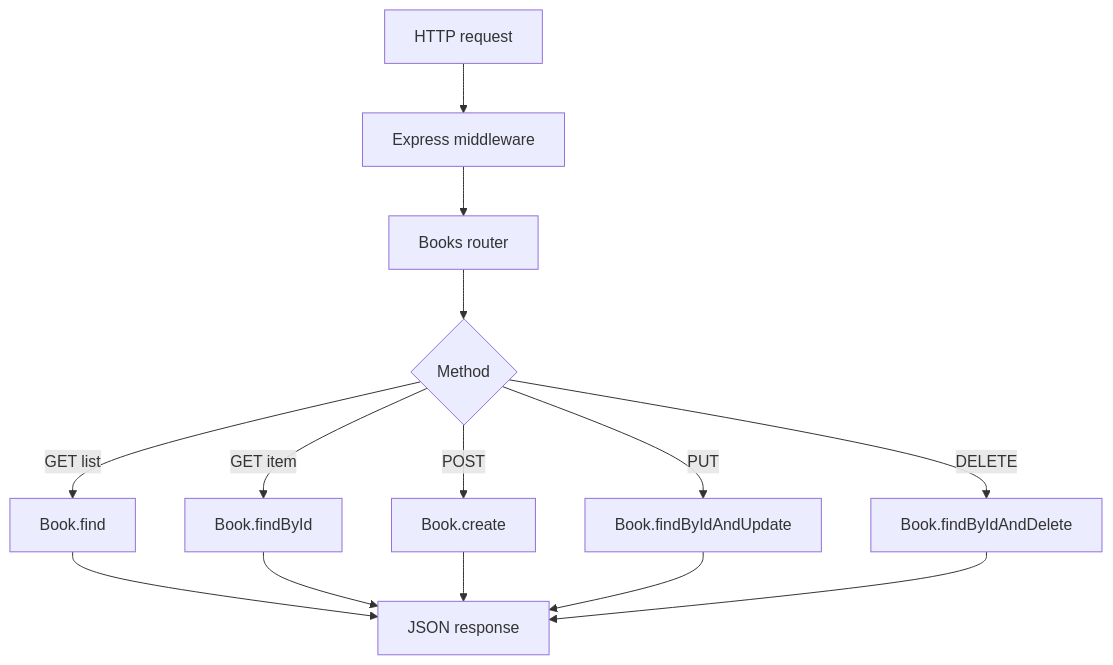
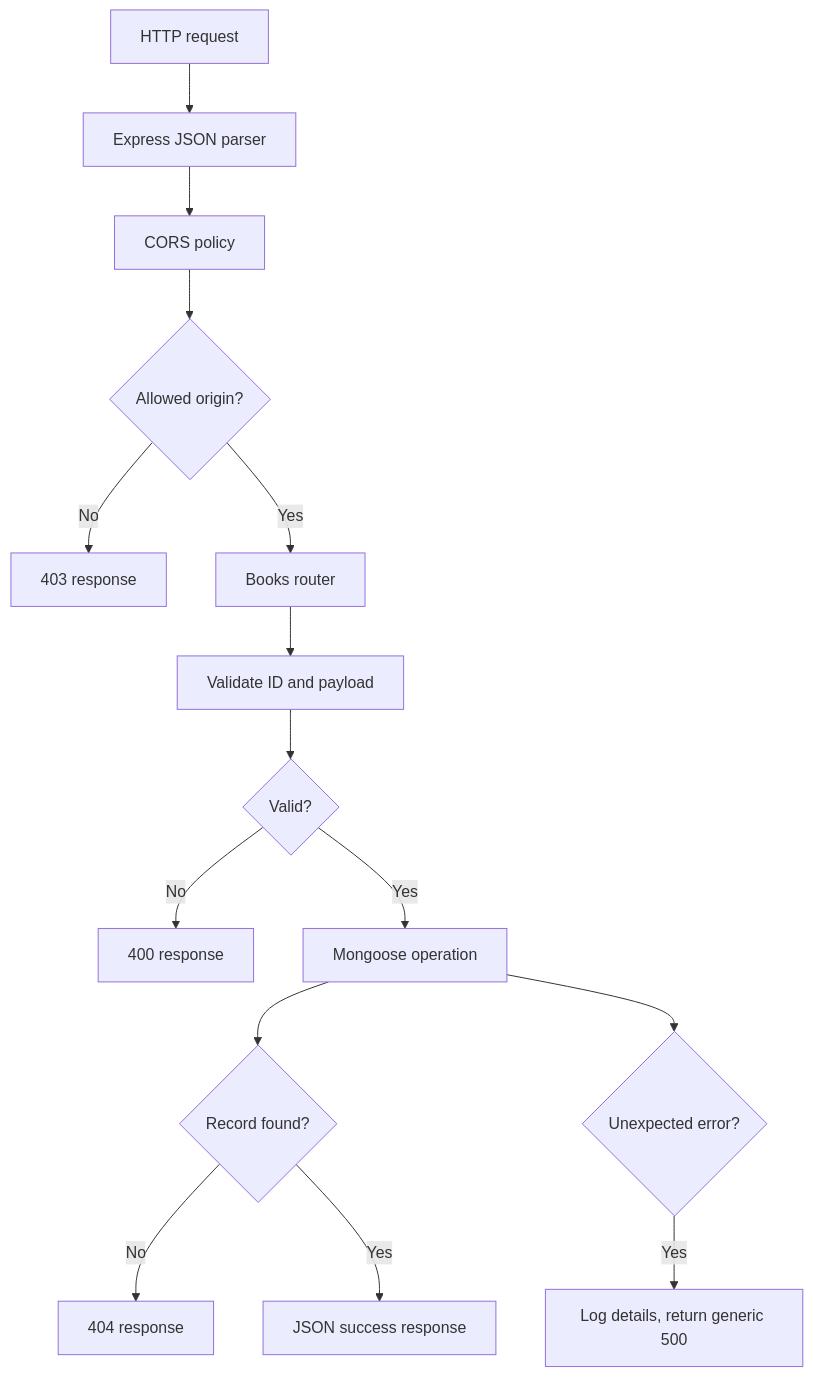
The diagram in docs/api/README.md (Brajesh31/Anime-Book-Store), drawn with Mermaid before and after one commit. The commit also changed other lines of this file and 6 other files, not shown here.

Commit message:
docs: expand API, architecture, data and testing references

````diff
--- a/docs/api/README.md
+++ b/docs/api/README.md
@@ -39,16 +184,17 @@
 ```mermaid
 flowchart TD
- A[HTTP request] --> B[Express middleware]
- B --> C[Books router]
- C --> D{Method}
- D -->|GET list| E[Book.find]
- D -->|GET item| F[Book.findById]
- D -->|POST| G[Book.create]
- D -->|PUT| H[Book.findByIdAndUpdate]
- D -->|DELETE| I[Book.findByIdAndDelete]
- E --> J[JSON response]
- F --> J
- G --> J
- H --> J
- I --> J
+ A[HTTP request] --> B[Express JSON parser]
+ B --> C[CORS policy]
+ C --> D{Allowed origin?}
+ D -->|No| E[403 response]
+ D -->|Yes| F[Books router]
+ F --> G[Validate ID and payload]
+ G --> H{Valid?}
+ H -->|No| I[400 response]
+ H -->|Yes| J[Mongoose operation]
+ J --> K{Record found?}
+ K -->|No| L[404 response]
+ K -->|Yes| M[JSON success response]
+ J --> N{Unexpected error?}
+ N -->|Yes| O[Log details, return generic 500]
 ```
````
